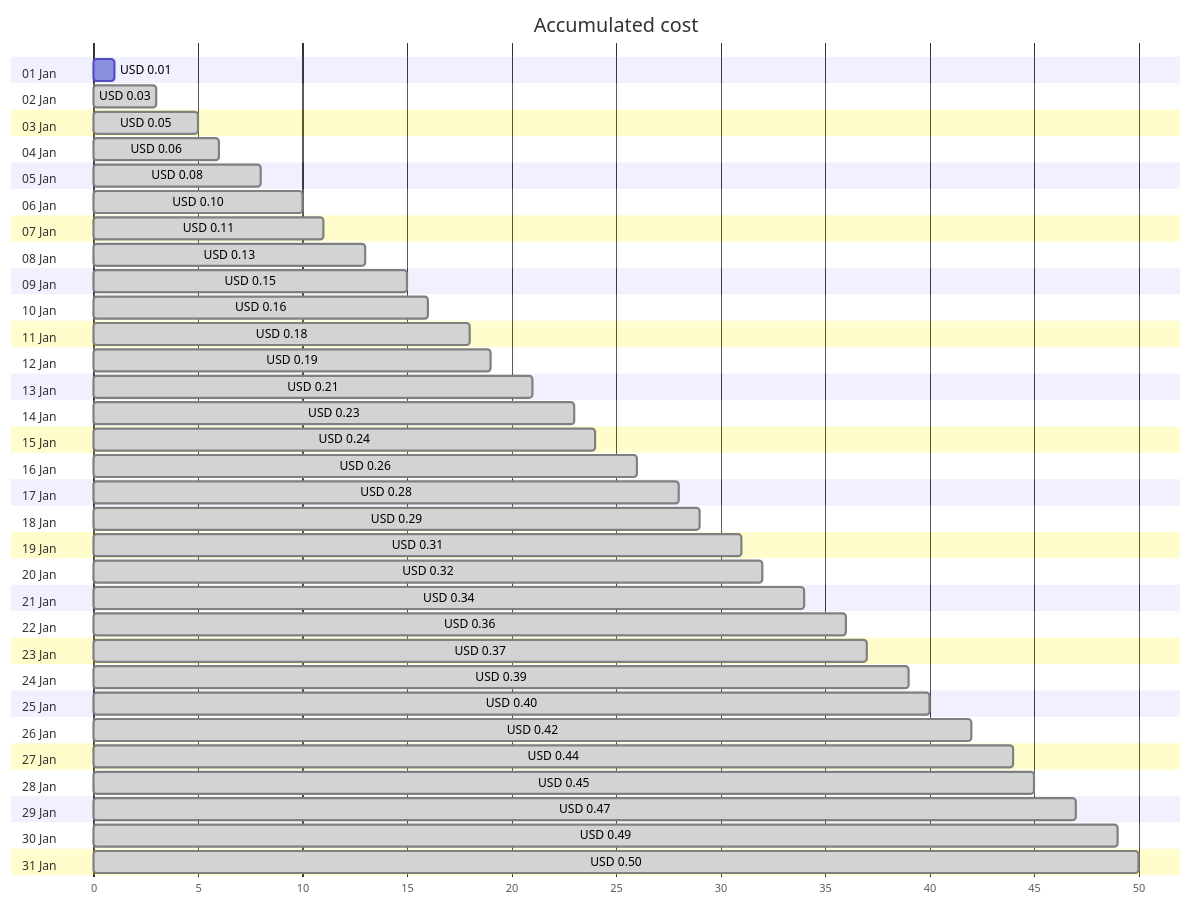
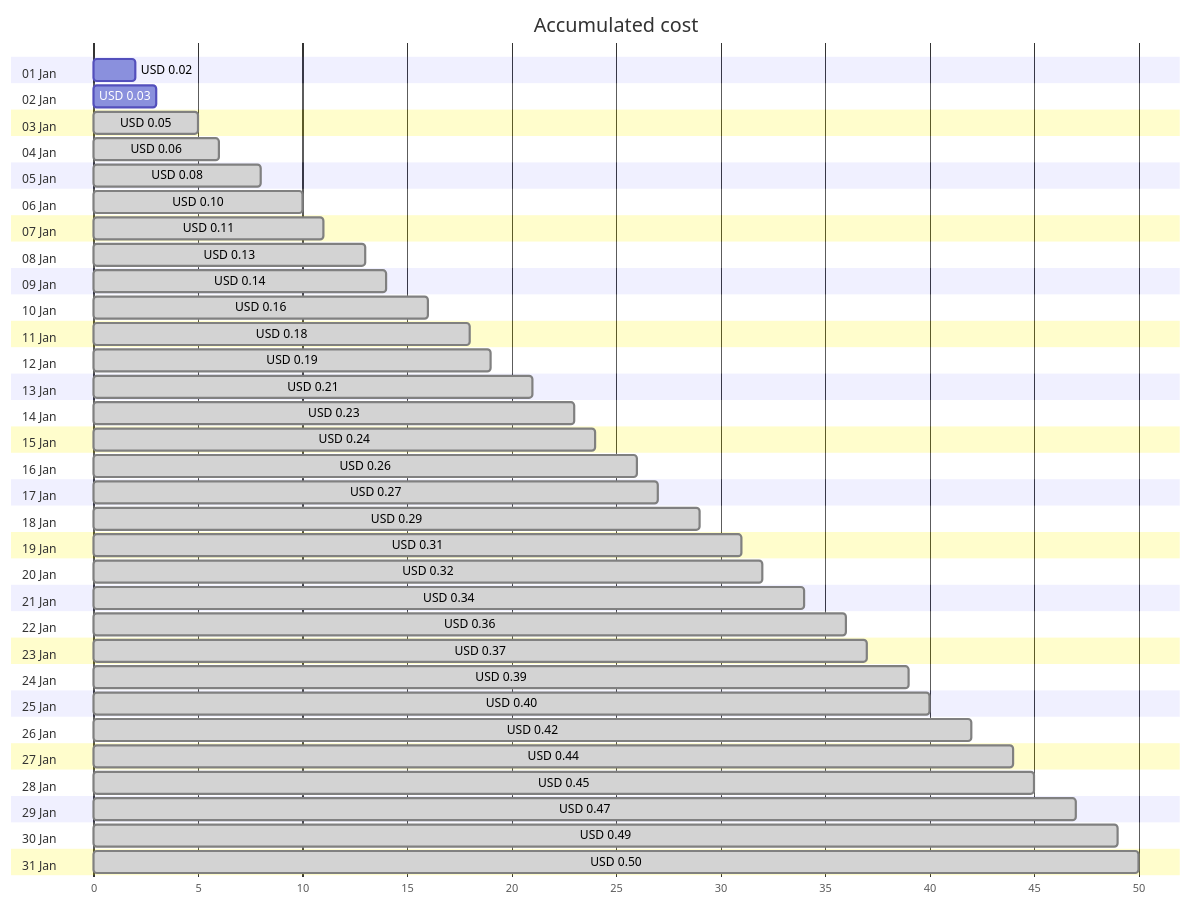
One commit to jpfulton/azure-personal-reports changed the first of 4 diagrams in cost-reports/personal-dns/jpatrickfulton.com.md. Above: the diagram before and after it, drawn with Mermaid. The commit also changed other lines of this file and 2 other files, not shown here.

````diff
--- a/cost-reports/personal-dns/jpatrickfulton.com.md
+++ b/cost-reports/personal-dns/jpatrickfulton.com.md
@@ -20,68 +20,68 @@
 ```mermaid
 gantt
    title Accumulated cost
    dateFormat  X
    axisFormat %s
    section 01 Jan
-   USD 0.01 :0, 1
+   USD 0.02 :0, 2
    section 02 Jan
-   USD 0.03 : done, 0, 3
+   USD 0.03 :0, 3
    section 03 Jan
    USD 0.05 : done, 0, 5
    section 04 Jan
    USD 0.06 : done, 0, 6
    section 05 Jan
    USD 0.08 : done, 0, 8
    section 06 Jan
    USD 0.10 : done, 0, 10
    section 07 Jan
    USD 0.11 : done, 0, 11
    section 08 Jan
    USD 0.13 : done, 0, 13
    section 09 Jan
-   USD 0.15 : done, 0, 15
+   USD 0.14 : done, 0, 14
    section 10 Jan
    USD 0.16 : done, 0, 16
    section 11 Jan
    USD 0.18 : done, 0, 18
    section 12 Jan
    USD 0.19 : done, 0, 19
    section 13 Jan
    USD 0.21 : done, 0, 21
    section 14 Jan
    USD 0.23 : done, 0, 23
    section 15 Jan
    USD 0.24 : done, 0, 24
    section 16 Jan
    USD 0.26 : done, 0, 26
    section 17 Jan
-   USD 0.28 : done, 0, 28
+   USD 0.27 : done, 0, 27
    section 18 Jan
    USD 0.29 : done, 0, 29
    section 19 Jan
    USD 0.31 : done, 0, 31
    section 20 Jan
    USD 0.32 : done, 0, 32
    section 21 Jan
    USD 0.34 : done, 0, 34
    section 22 Jan
    USD 0.36 : done, 0, 36
    section 23 Jan
    USD 0.37 : done, 0, 37
    section 24 Jan
    USD 0.39 : done, 0, 39
    section 25 Jan
    USD 0.40 : done, 0, 40
    section 26 Jan
    USD 0.42 : done, 0, 42
    section 27 Jan
    USD 0.44 : done, 0, 44
    section 28 Jan
    USD 0.45 : done, 0, 45
    section 29 Jan
    USD 0.47 : done, 0, 47
    section 30 Jan
    USD 0.49 : done, 0, 49
    section 31 Jan
    USD 0.50 : done, 0, 50
 ```
````
